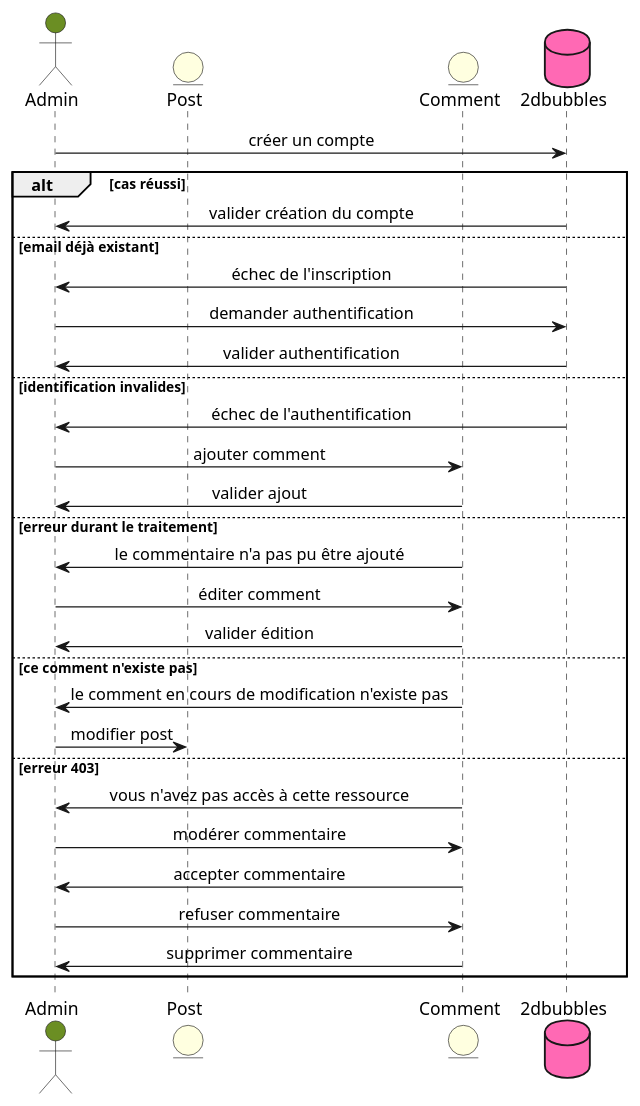
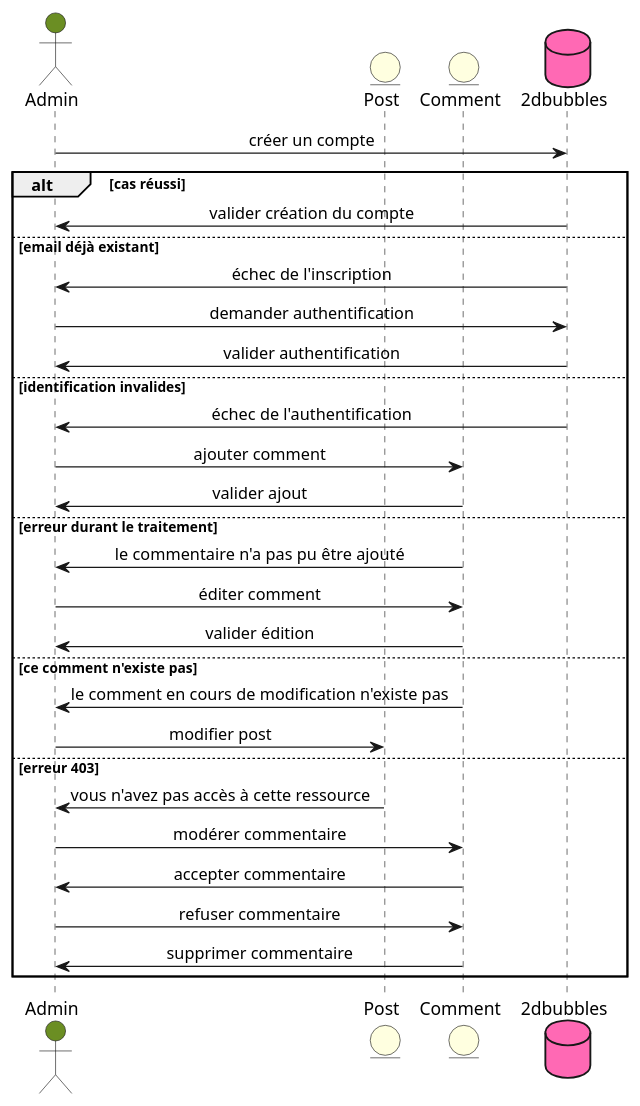
One commit to laurasullyalexandrine/the2dbubbles changed the diagram in diagrammes-uml/Sequence/UserAdminSequence.puml. Above: the diagram before and after it, drawn with PlantUML. The commit also changed 1 other file, not shown here.

Commit message:
edit AdminSequence and install composer

```diff
--- a/diagrammes-uml/Sequence/UserAdminSequence.puml
+++ b/diagrammes-uml/Sequence/UserAdminSequence.puml
@@ -1,44 +1,44 @@
 @startuml UserAdminSequence
 
 skinparam responseMessageBelowArrow true
 skinparam SequenceMessageAlignment center
 
 actor Admin as Admin #OliveDrab
 
 entity Post as Post #LightYellow
 entity Comment as Comment #LightYellow
 
 database 2dbubbles as 2dbubbles #HotPink
 
 Admin -> 2dbubbles: créer un compte
 alt cas réussi
 2dbubbles-> Admin: valider création du compte
 else email déjà existant 
 2dbubbles-> Admin: échec de l'inscription
 
 Admin  -> 2dbubbles: demander authentification 
 2dbubbles-> Admin: valider authentification 
 else identification invalides
 2dbubbles-> Admin: échec de l'authentification
 
 Admin  -> Comment: ajouter comment
 Comment -> Admin: valider ajout
 else erreur durant le traitement
 Comment -> Admin: le commentaire n'a pas pu être ajouté
 
 Admin  -> Comment: éditer comment
 Comment -> Admin: valider édition
 else ce comment n'existe pas
 Comment -> Admin: le comment en cours de modification n'existe pas
 
 Admin  -> Post: modifier post
 else erreur 403
-Comment -> Admin: vous n'avez pas accès à cette ressource
+Post -> Admin: vous n'avez pas accès à cette ressource
 
 Admin  -> Comment: modérer commentaire
 Comment -> Admin: accepter commentaire
 Admin  -> Comment: refuser commentaire
 Comment -> Admin: supprimer commentaire
 
 end
 @enduml
```
